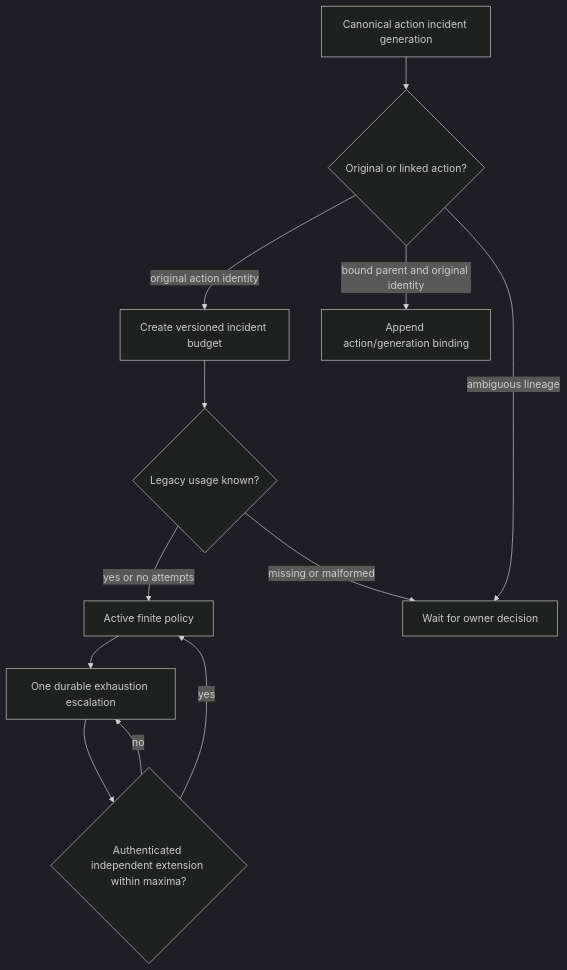
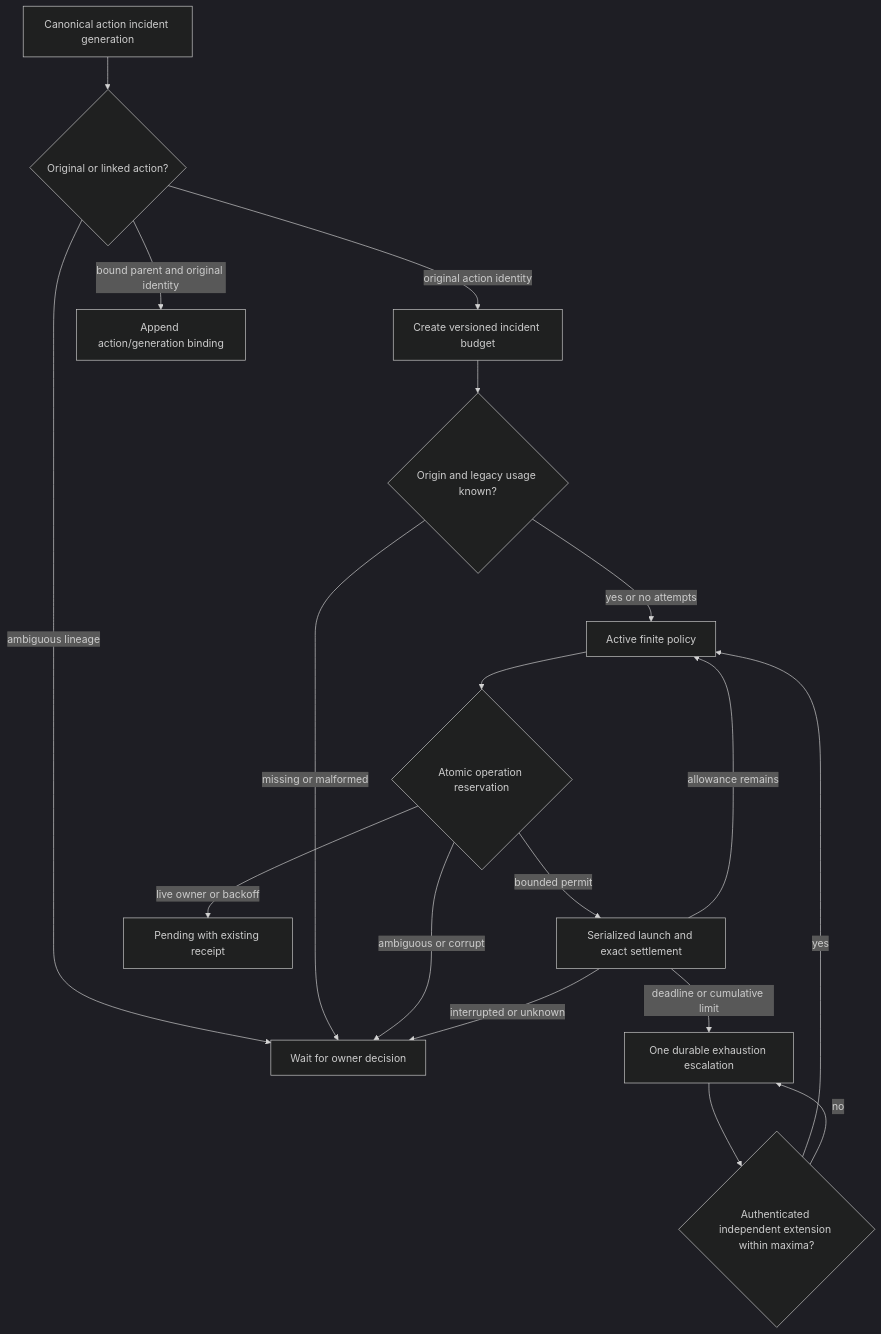
The first of 4 diagrams in cascade/task/DESIGN.md (vincentc-b/CascadeCode), drawn with Mermaid (dark theme) before and after one commit. The commit also changed other lines of this file and 10 other files, not shown here.

````diff
--- a/cascade/task/DESIGN.md
+++ b/cascade/task/DESIGN.md
@@ -39,14 +62,20 @@
 ```mermaid
 flowchart TD
     A[Canonical action incident generation] --> B{Original or linked action?}
     B -->|original action identity| C[Create versioned incident budget]
     B -->|bound parent and original identity| D[Append action/generation binding]
     B -->|ambiguous lineage| W[Wait for owner decision]
-    C --> L{Legacy usage known?}
+    C --> L{Origin and legacy usage known?}
     L -->|yes or no attempts| Active[Active finite policy]
     L -->|missing or malformed| W
-    Active --> X[One durable exhaustion escalation]
+    Active --> R{Atomic operation reservation}
+    R -->|bounded permit| S[Serialized launch and exact settlement]
+    R -->|live owner or backoff| P[Pending with existing receipt]
+    R -->|ambiguous or corrupt| W
+    S -->|interrupted or unknown| W
+    S -->|allowance remains| Active
+    S -->|deadline or cumulative limit| X[One durable exhaustion escalation]
     X --> E{Authenticated independent extension within maxima?}
     E -->|yes| Active
     E -->|no| X
 ```
````
